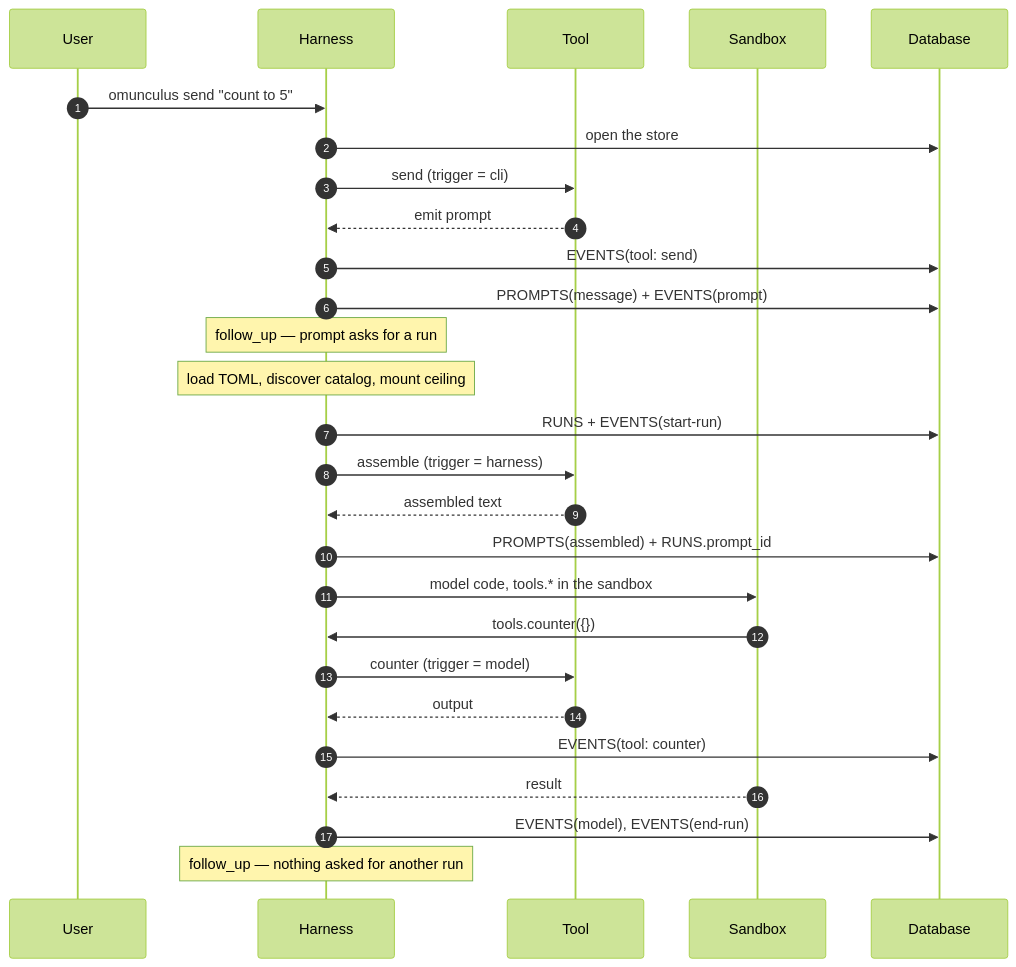
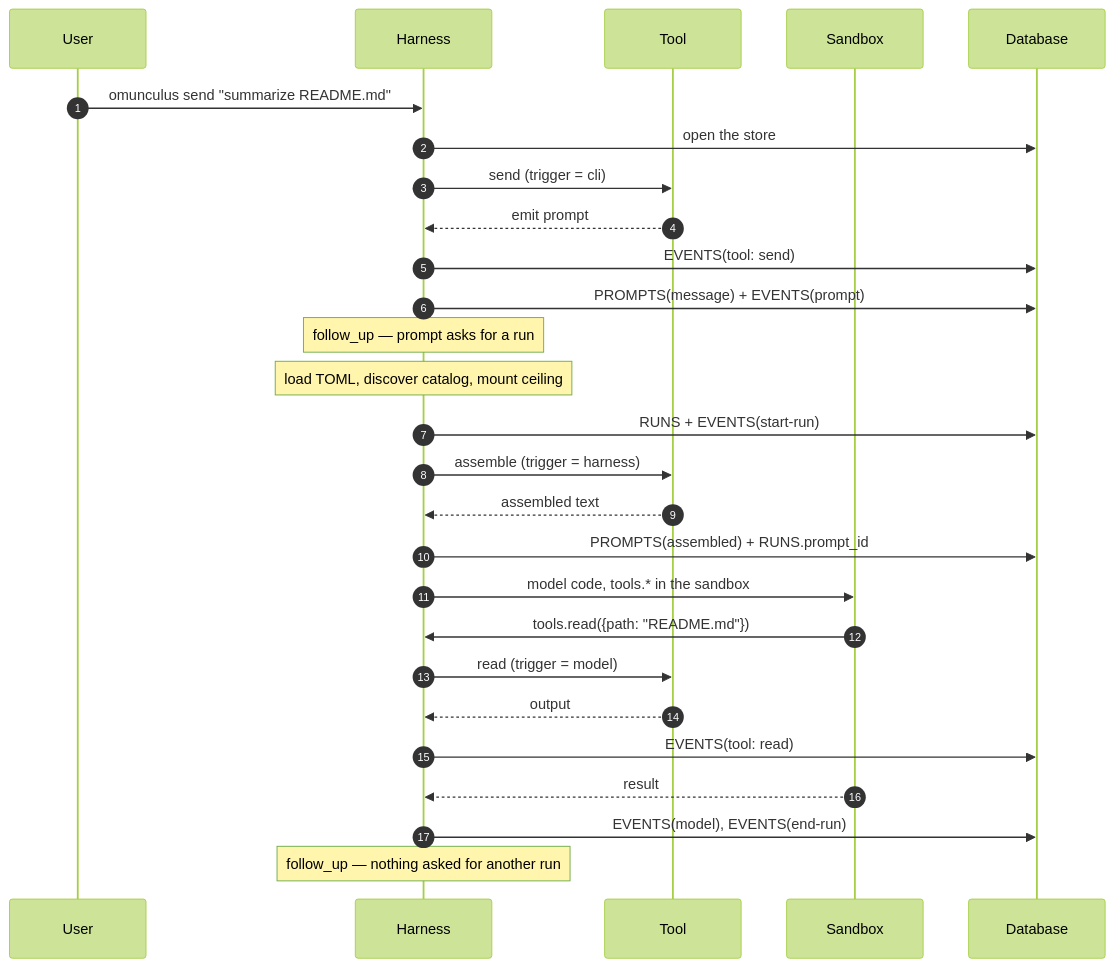
One commit to This-Is-NPC/omunculus changed the diagram in docs/cycle.md. Above: the diagram before and after it, drawn with Mermaid (forest theme). The commit also changed other lines of this file and 18 other files, not shown here.

First line of the commit message:
refactor(tools): drop the counter tools

````diff
--- a/docs/cycle.md
+++ b/docs/cycle.md
@@ -428,30 +428,30 @@
 ```mermaid
 sequenceDiagram
     autonumber
     participant User
     participant Harness
     participant Tool
     participant Sandbox
     participant Database
 
-    User->>Harness: omunculus send "count to 5"
+    User->>Harness: omunculus send "summarize README.md"
     Harness->>Database: open the store
     Harness->>Tool: send (trigger = cli)
     Tool-->>Harness: emit prompt
     Harness->>Database: EVENTS(tool: send)
     Harness->>Database: PROMPTS(message) + EVENTS(prompt)
     Note over Harness: follow_up — prompt asks for a run
     Note over Harness: load TOML, discover catalog, mount ceiling
     Harness->>Database: RUNS + EVENTS(start-run)
     Harness->>Tool: assemble (trigger = harness)
     Tool-->>Harness: assembled text
     Harness->>Database: PROMPTS(assembled) + RUNS.prompt_id
     Harness->>Sandbox: model code, tools.* in the sandbox
-    Sandbox->>Harness: tools.counter({})
-    Harness->>Tool: counter (trigger = model)
+    Sandbox->>Harness: tools.read({path: "README.md"})
+    Harness->>Tool: read (trigger = model)
     Tool-->>Harness: output
-    Harness->>Database: EVENTS(tool: counter)
+    Harness->>Database: EVENTS(tool: read)
     Sandbox-->>Harness: result
     Harness->>Database: EVENTS(model), EVENTS(end-run)
     Note over Harness: follow_up — nothing asked for another run
 ```
````
